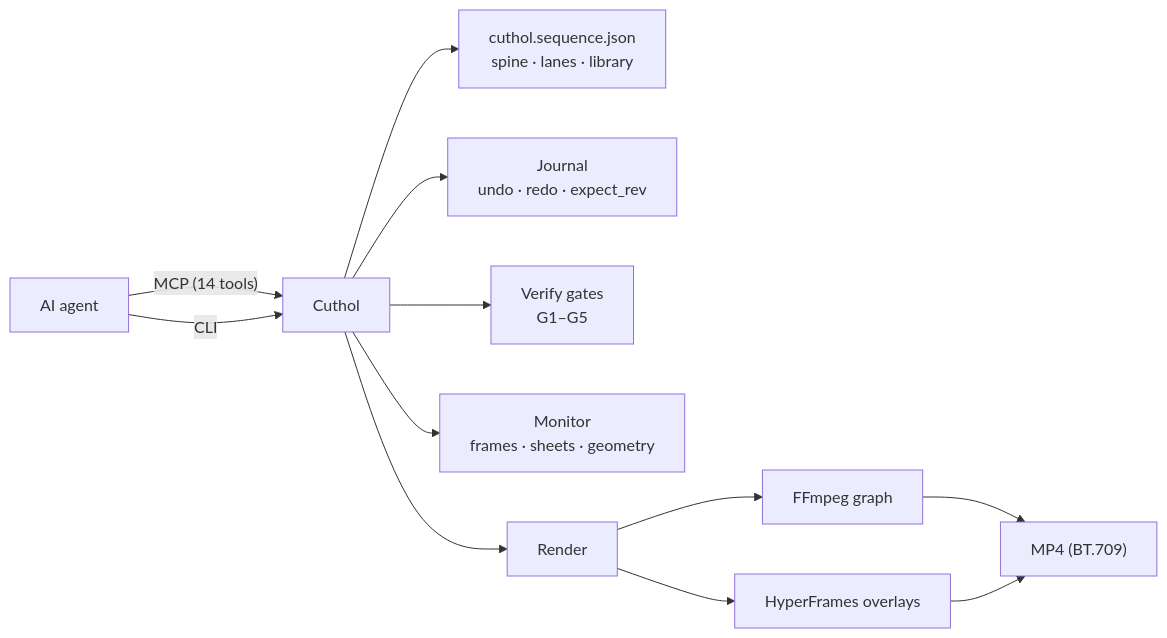
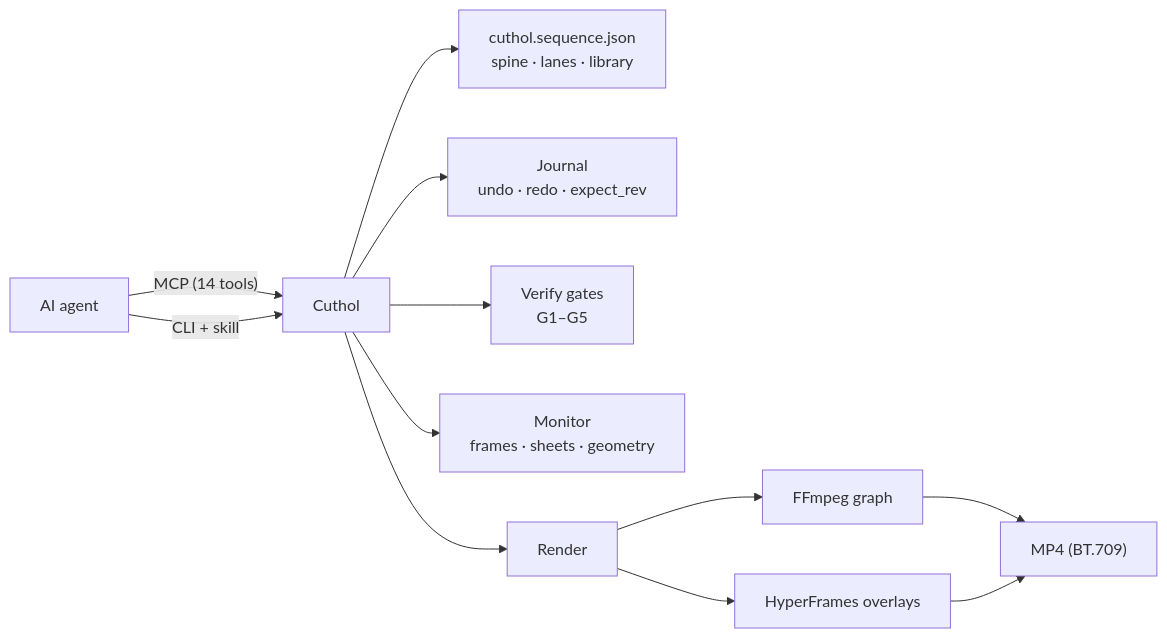
One commit to HypeAITR/Cuthol changed the diagram in README.md. Above: the diagram before and after it, drawn with Mermaid. The commit also changed other lines of this file and 4 other files, not shown here.

````diff
--- a/README.md
+++ b/README.md
@@ -66,14 +149,14 @@
 ```mermaid
 flowchart LR
   A["AI agent"] -->|"MCP (14 tools)"| C["Cuthol"]
-  A -->|"CLI"| C
+  A -->|"CLI + skill"| C
   C --> S["cuthol.sequence.json<br/>spine · lanes · library"]
   C --> J["Journal<br/>undo · redo · expect_rev"]
   C --> V["Verify gates<br/>G1–G5"]
   C --> M["Monitor<br/>frames · sheets · geometry"]
   C --> R["Render"]
   R --> F["FFmpeg graph"]
   R --> H["HyperFrames overlays"]
   F --> O["MP4 (BT.709)"]
   H --> O
 ```
````
